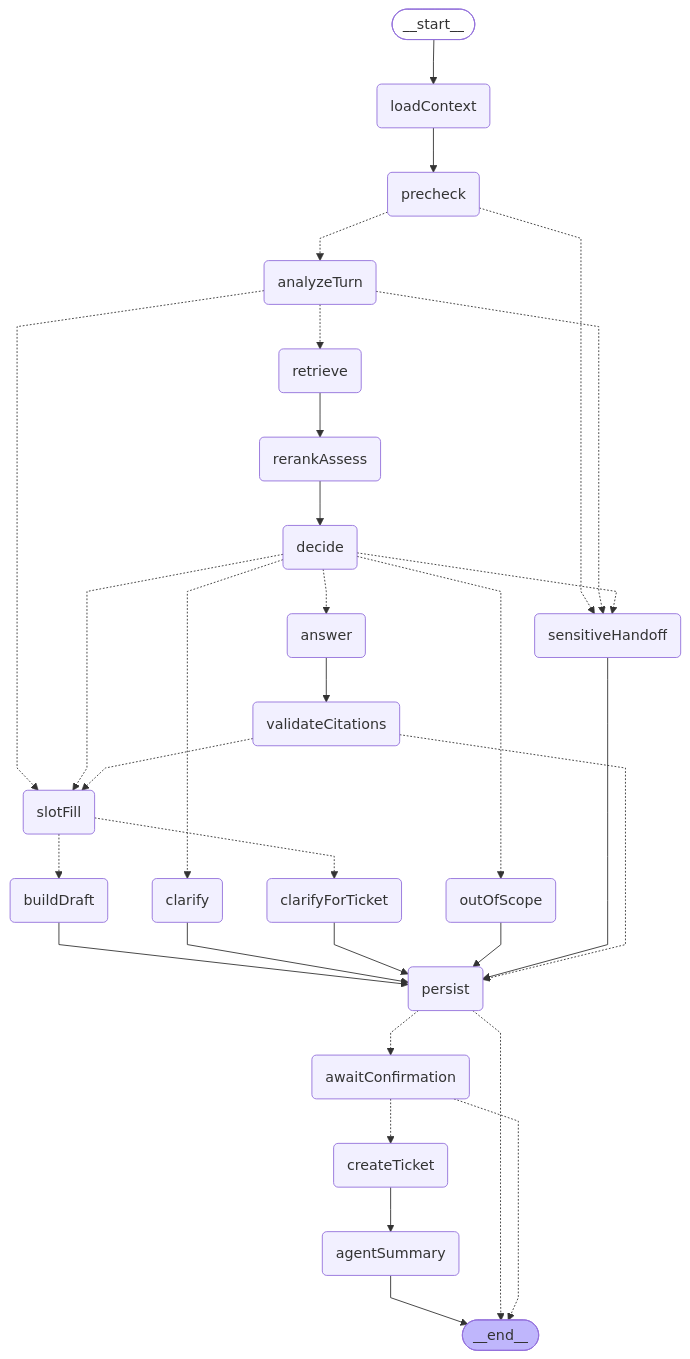
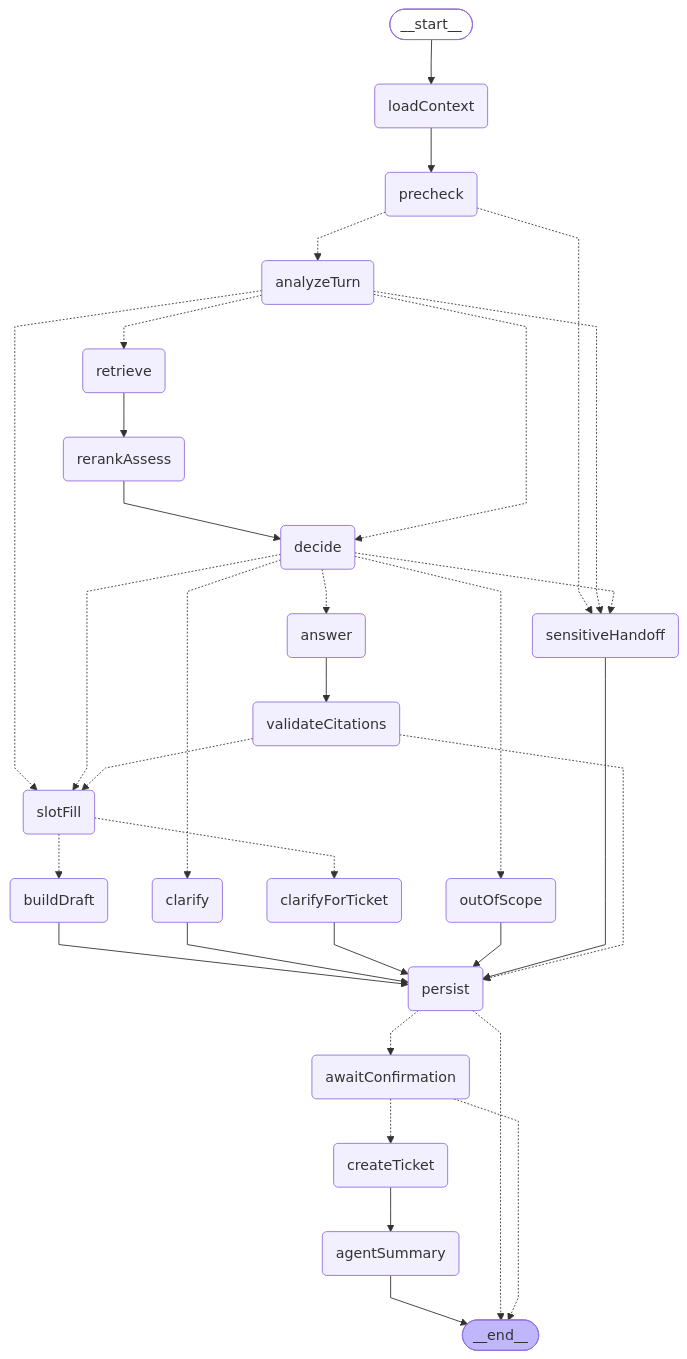
The diagram in docs/ARCHITECTURE.md (Dewanshu93/AI-Support-System), drawn with Mermaid before and after one commit. The commit also changed other lines of this file and 13 other files, not shown here.

````diff
--- a/docs/ARCHITECTURE.md
+++ b/docs/ARCHITECTURE.md
@@ -308,57 +308,58 @@
 ```mermaid
 %%{init: {'flowchart': {'curve': 'linear'}}}%%
 graph TD;
 	__start__([<p>__start__</p>]):::first
 	loadContext(loadContext)
 	precheck(precheck)
 	analyzeTurn(analyzeTurn)
 	retrieve(retrieve)
 	rerankAssess(rerankAssess)
 	decide(decide)
 	answer(answer)
 	validateCitations(validateCitations)
 	clarify(clarify)
 	outOfScope(outOfScope)
 	sensitiveHandoff(sensitiveHandoff)
 	slotFill(slotFill)
 	clarifyForTicket(clarifyForTicket)
 	buildDraft(buildDraft)
 	persist(persist)
 	awaitConfirmation(awaitConfirmation)
 	createTicket(createTicket)
 	agentSummary(agentSummary)
 	__end__([<p>__end__</p>]):::last
 	__start__ --> loadContext;
 	agentSummary --> __end__;
 	answer --> validateCitations;
 	buildDraft --> persist;
 	clarify --> persist;
 	clarifyForTicket --> persist;
 	createTicket --> agentSummary;
 	loadContext --> precheck;
 	outOfScope --> persist;
 	rerankAssess --> decide;
 	retrieve --> rerankAssess;
 	sensitiveHandoff --> persist;
 	precheck -.-> sensitiveHandoff;
 	precheck -.-> analyzeTurn;
 	analyzeTurn -.-> sensitiveHandoff;
 	analyzeTurn -.-> slotFill;
+	analyzeTurn -.-> decide;
 	analyzeTurn -.-> retrieve;
 	decide -.-> answer;
 	decide -.-> clarify;
 	decide -.-> slotFill;
 	decide -.-> outOfScope;
 	decide -.-> sensitiveHandoff;
 	validateCitations -.-> slotFill;
 	validateCitations -.-> persist;
 	slotFill -.-> clarifyForTicket;
 	slotFill -.-> buildDraft;
 	persist -.-> awaitConfirmation;
 	persist -.-> __end__;
 	awaitConfirmation -.-> createTicket;
 	awaitConfirmation -.-> __end__;
 	classDef default fill:#f2f0ff,line-height:1.2;
 	classDef first fill-opacity:0;
 	classDef last fill:#bfb6fc;
 ```
````
